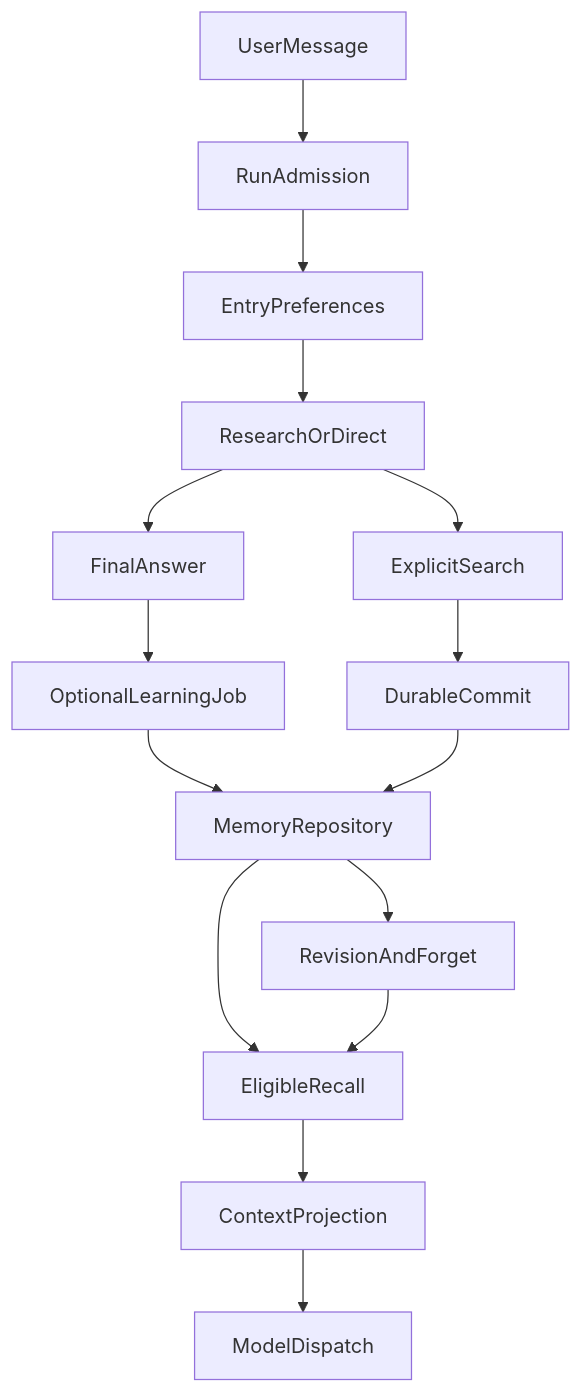
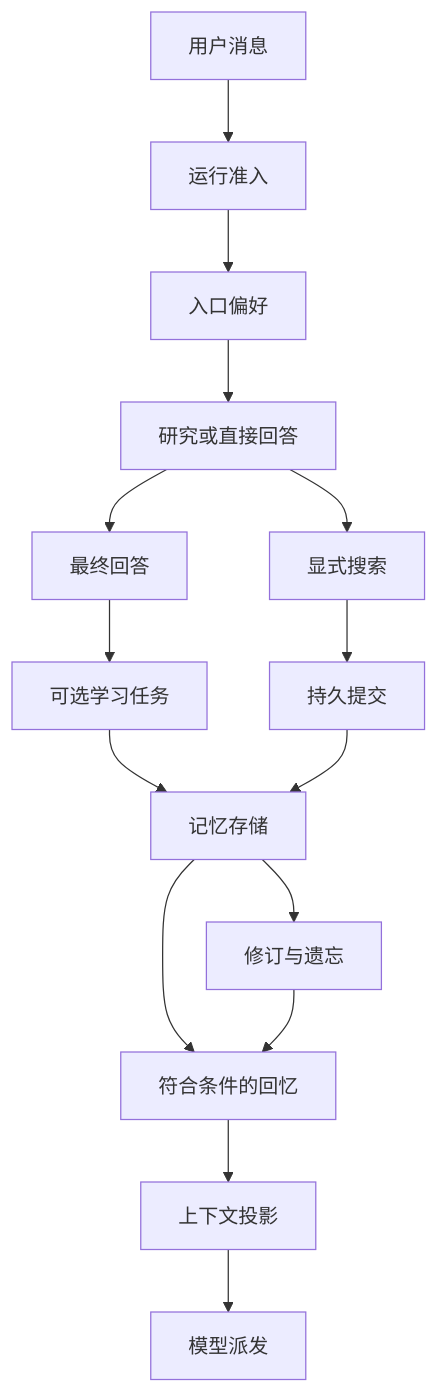
One commit to hpoenixf/eff-agent-article changed the diagram in articles/026-agent-memory-forget-durable-effects.md. Above: the diagram before and after it, drawn with Mermaid. The commit also changed 52 other files, not shown here.

Commit message:
docs: localize diagrams and clarify flagship guides

````diff
--- a/articles/026-agent-memory-forget-durable-effects.md
+++ b/articles/026-agent-memory-forget-durable-effects.md
@@ -15,17 +15,17 @@
 ```mermaid
 graph TD
-UserMessage --> RunAdmission
-RunAdmission --> EntryPreferences
-EntryPreferences --> ResearchOrDirect
-ResearchOrDirect --> ExplicitSearch
-ExplicitSearch --> DurableCommit
-ResearchOrDirect --> FinalAnswer
-FinalAnswer --> OptionalLearningJob
-OptionalLearningJob --> MemoryRepository
+UserMessage["用户消息"] --> RunAdmission["运行准入"]
+RunAdmission --> EntryPreferences["入口偏好"]
+EntryPreferences --> ResearchOrDirect["研究或直接回答"]
+ResearchOrDirect --> ExplicitSearch["显式搜索"]
+ExplicitSearch --> DurableCommit["持久提交"]
+ResearchOrDirect --> FinalAnswer["最终回答"]
+FinalAnswer --> OptionalLearningJob["可选学习任务"]
+OptionalLearningJob --> MemoryRepository["记忆存储"]
 DurableCommit --> MemoryRepository
-MemoryRepository --> EligibleRecall
-EligibleRecall --> ContextProjection
-ContextProjection --> ModelDispatch
-MemoryRepository --> RevisionAndForget
+MemoryRepository --> EligibleRecall["符合条件的回忆"]
+EligibleRecall --> ContextProjection["上下文投影"]
+ContextProjection --> ModelDispatch["模型派发"]
+MemoryRepository --> RevisionAndForget["修订与遗忘"]
 RevisionAndForget --> EligibleRecall
 ```
````
